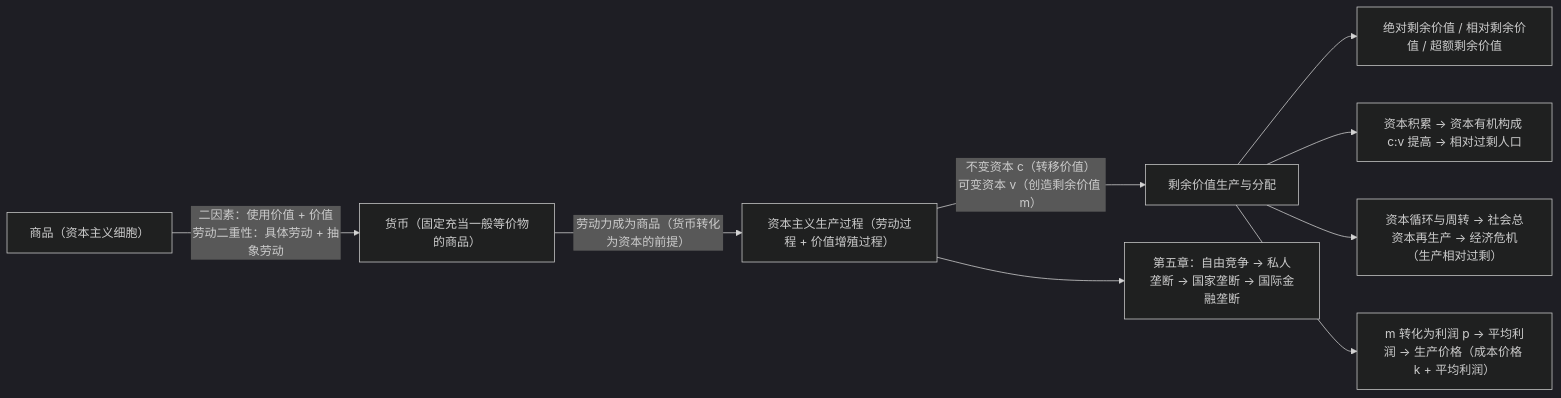
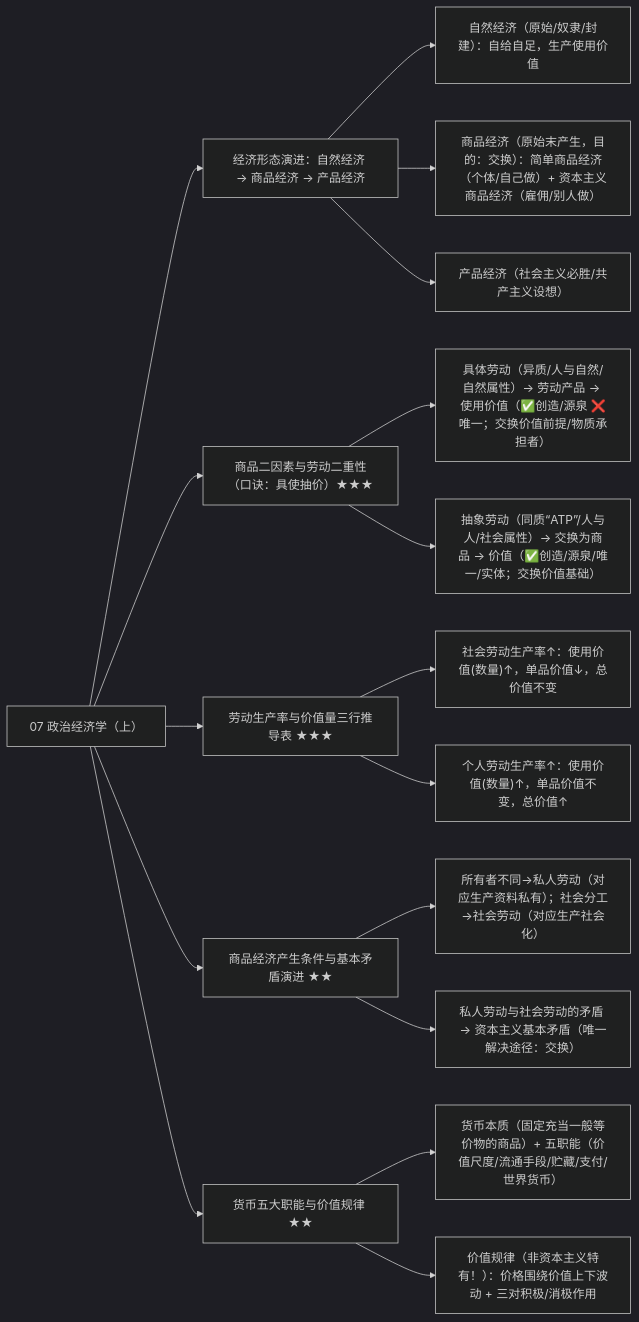
The first of 3 diagrams in 考研政治/1-马原/07-政治经济学（上）.md (Treasoni/kaoyan), drawn with Mermaid (dark theme) before and after one commit. The commit also changed other lines of this file, not shown here.

````diff
--- a/考研政治/1-马原/07-政治经济学（上）.md
+++ b/考研政治/1-马原/07-政治经济学（上）.md
@@ -30,11 +33,20 @@
 ```mermaid
 graph LR
-    A["商品（资本主义细胞）"] -->|"二因素：使用价值 + 价值<br>劳动二重性：具体劳动 + 抽象劳动"| B["货币（固定充当一般等价物的商品）"]
-    B -->|"劳动力成为商品（货币转化为资本的前提）"| C["资本主义生产过程（劳动过程 + 价值增殖过程）"]
-    C -->|"不变资本 c（转移价值）<br>可变资本 v（创造剩余价值 m）"| D["剩余价值生产与分配"]
-    D --> D1["绝对剩余价值 / 相对剩余价值 / 超额剩余价值"]
-    D --> D2["资本积累 → 资本有机构成 c:v 提高 → 相对过剩人口"]
-    D --> D3["资本循环与周转 → 社会总资本再生产 → 经济危机（生产相对过剩）"]
-    D --> D4["m 转化为利润 p → 平均利润 → 生产价格（成本价格 k + 平均利润）"]
-    C --> E["第五章：自由竞争 → 私人垄断 → 国家垄断 → 国际金融垄断"]
+    A["07 政治经济学（上）"] --> B["经济形态演进：自然经济 → 商品经济 → 产品经济"]
+    A --> C["商品二因素与劳动二重性（口诀：具使抽价）★★★"]
+    A --> D["劳动生产率与价值量三行推导表 ★★★"]
+    A --> E["商品经济产生条件与基本矛盾演进 ★★"]
+    A --> F["货币五大职能与价值规律 ★★"]
+
+    B --> B1["自然经济（原始/奴隶/封建）：自给自足，生产使用价值"]
+    B --> B2["商品经济（原始末产生，目的：交换）：简单商品经济（个体/自己做）+ 资本主义商品经济（雇佣/别人做）"]
+    B --> B3["产品经济（社会主义必胜/共产主义设想）"]
+    C --> C1["具体劳动（异质/人与自然/自然属性）→ 劳动产品 → 使用价值（✅创造/源泉 ❌唯一；交换价值前提/物质承担者）"]
+    C --> C2["抽象劳动（同质“ATP”/人与人/社会属性）→ 交换为商品 → 价值（✅创造/源泉/唯一/实体；交换价值基础）"]
+    D --> D1["社会劳动生产率↑：使用价值(数量)↑，单品价值↓，总价值不变"]
+    D --> D2["个人劳动生产率↑：使用价值(数量)↑，单品价值不变，总价值↑"]
+    E --> E1["所有者不同→私人劳动（对应生产资料私有）；社会分工→社会劳动（对应生产社会化）"]
+    E --> E2["私人劳动与社会劳动的矛盾 → 资本主义基本矛盾（唯一解决途径：交换）"]
+    F --> F1["货币本质（固定充当一般等价物的商品）+ 五职能（价值尺度/流通手段/贮藏/支付/世界货币）"]
+    F --> F2["价值规律（非资本主义特有！）：价格围绕价值上下波动 + 三对积极/消极作用"]
 ```
````
